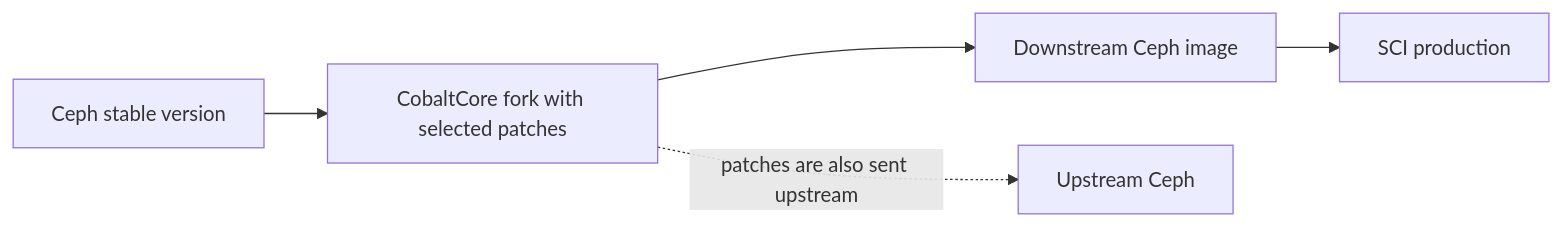
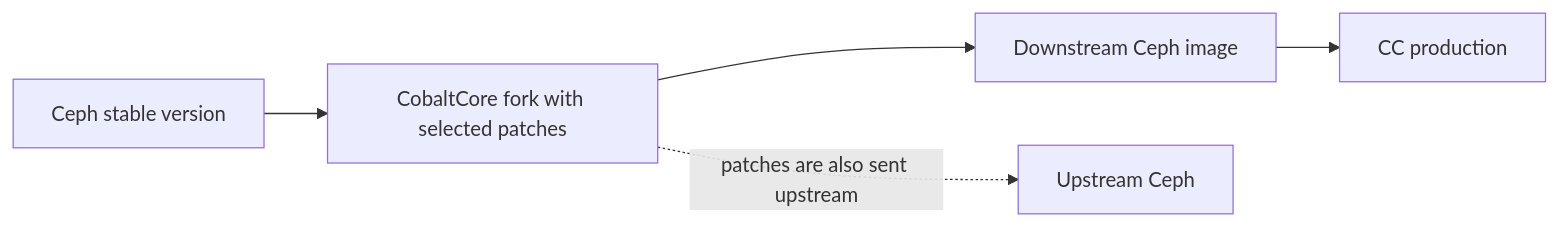
The diagram in docs/storage/ceph-downstream-image.md (cobaltcore-dev/docs), drawn with Mermaid before and after one commit.

Commit message:
docs: replace SCI label with CC

````diff
--- a/docs/storage/ceph-downstream-image.md
+++ b/docs/storage/ceph-downstream-image.md
@@ -17,7 +17,7 @@
 ```mermaid
 flowchart LR
     Base[Ceph stable version] --> Fork[CobaltCore fork with selected patches]
     Fork --> Image[Downstream Ceph image]
-    Image --> Production[SCI production]
+    Image --> Production[CC production]
     Fork -. patches are also sent upstream .-> Upstream[Upstream Ceph]
 ```
````
